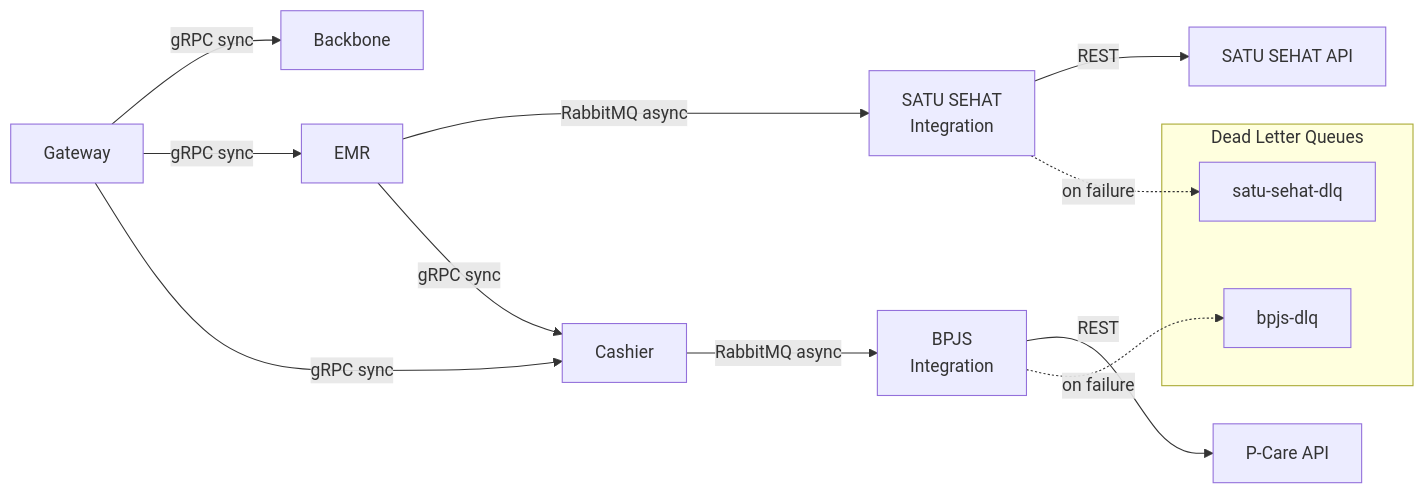
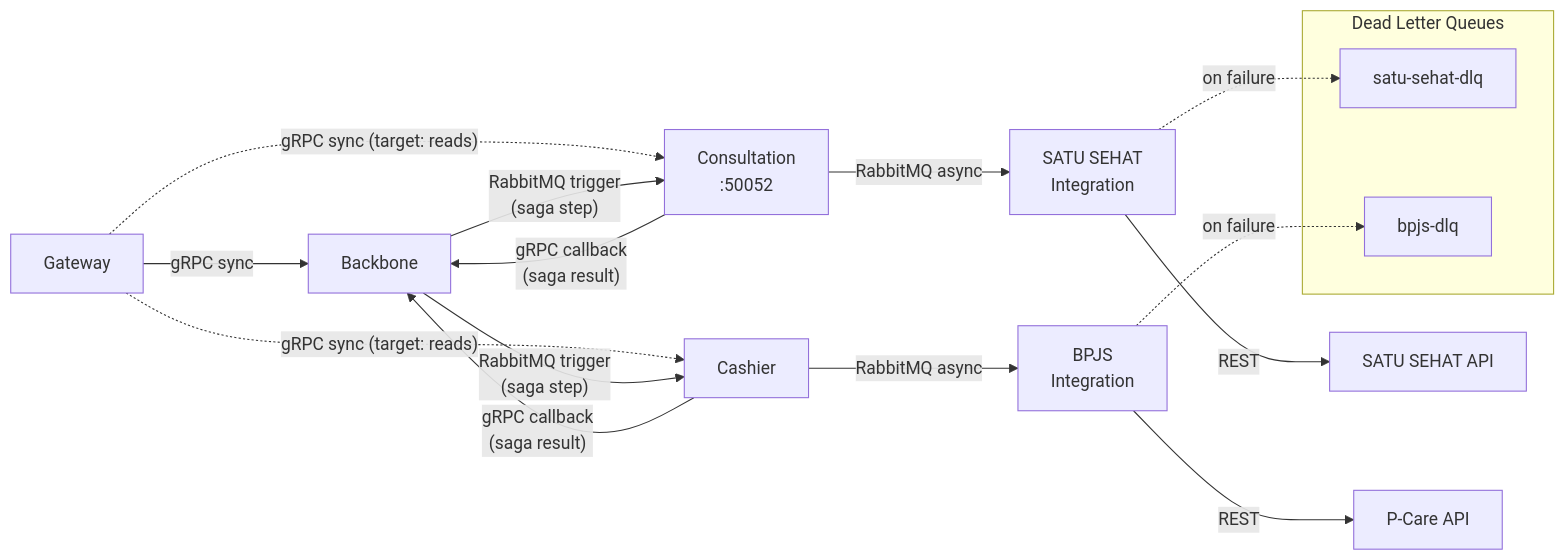
One commit to Kalpa-Health/kalpa-docs changed the third of 6 diagrams in wellmed-system-architecture.md. Above: the diagram before and after it, drawn with Mermaid. The commit also changed other lines of this file and 34 other files, not shown here.

````diff
--- a/wellmed-system-architecture.md
+++ b/wellmed-system-architecture.md
@@ -171,21 +178,25 @@
 ```mermaid
 flowchart LR
     GW["Gateway"] -->|gRPC sync| BB["Backbone"]
-    GW -->|gRPC sync| EMR["EMR"]
-    GW -->|gRPC sync| CASH["Cashier"]
+    GW -.->|"gRPC sync (target: reads)"| CON["Consultation\n:50052"]
+    GW -.->|"gRPC sync (target: reads)"| CASH["Cashier"]
 
-    EMR -->|RabbitMQ async| SS["SATU SEHAT\nIntegration"]
+    BB -->|"RabbitMQ trigger\n(saga step)"| CON
+    BB -->|"RabbitMQ trigger\n(saga step)"| CASH
+    CON -->|"gRPC callback\n(saga result)"| BB
+    CASH -->|"gRPC callback\n(saga result)"| BB
+
+    CON -->|RabbitMQ async| SS["SATU SEHAT\nIntegration"]
     CASH -->|RabbitMQ async| BPJS["BPJS\nIntegration"]
-    EMR -->|gRPC sync| CASH
 
     SS -->|REST| SATUSEHAT["SATU SEHAT API"]
     BPJS -->|REST| PCARE["P-Care API"]
 
     subgraph DLQ["Dead Letter Queues"]
         DLQ1["satu-sehat-dlq"]
         DLQ2["bpjs-dlq"]
     end
 
     SS -.->|on failure| DLQ1
     BPJS -.->|on failure| DLQ2
 ```
````
